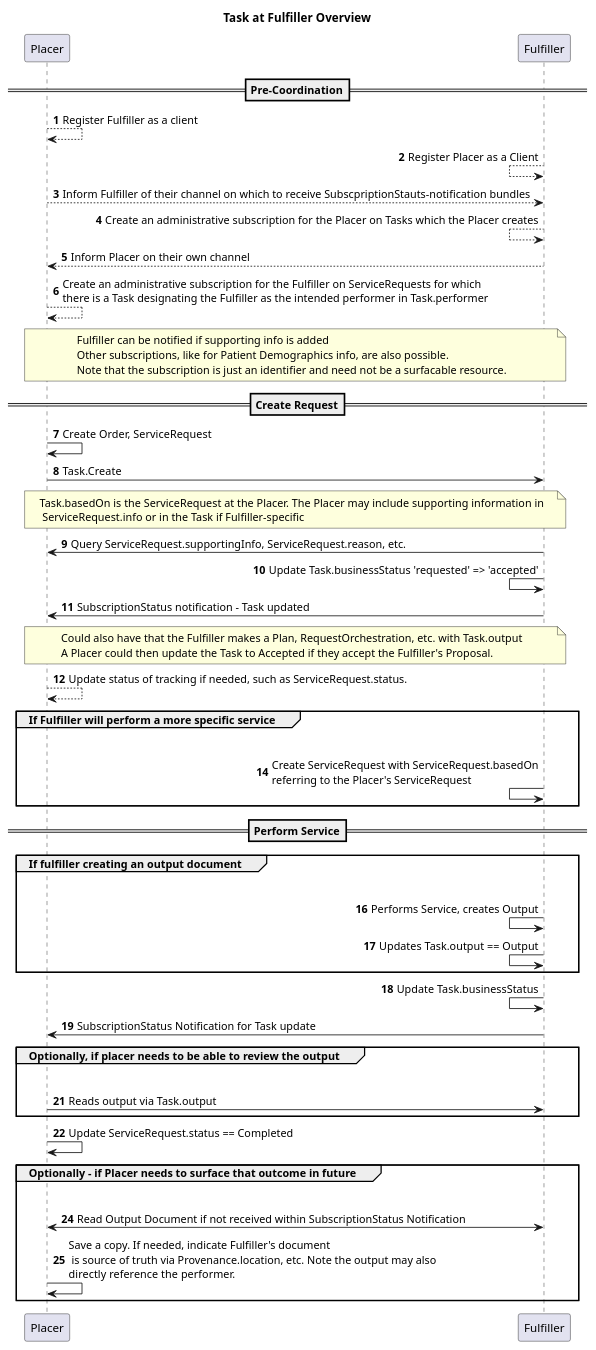
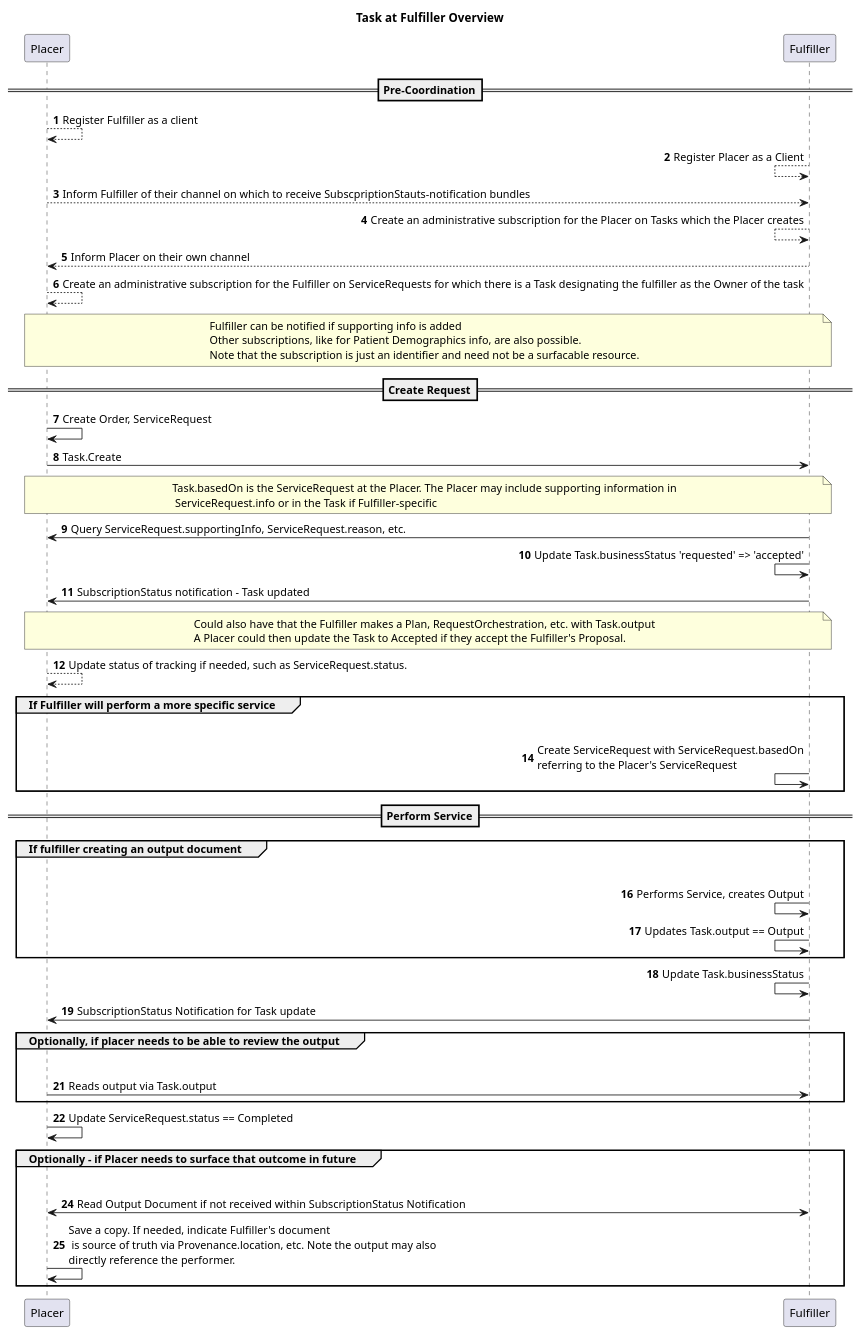
Before and after one commit to HL7/fhir-cow-ig: the diagram in input/images-source/subscriptions-general-example-task-at-fulfiller.plantuml, drawn with PlantUML.

Commit message:
FHIR-50813

```diff
--- a/input/images-source/subscriptions-general-example-task-at-fulfiller.plantuml
+++ b/input/images-source/subscriptions-general-example-task-at-fulfiller.plantuml
@@ -1,72 +1,72 @@
 @startuml
 skinparam svgDimensionStyle false
 title Task at Fulfiller Overview
 
 autonumber
 
 ==Pre-Coordination==
 Placer --> Placer: Register Fulfiller as a client
 
 Fulfiller <-- Fulfiller: Register Placer as a Client
 
 Placer --> Fulfiller: Inform Fulfiller of their channel on which to receive SubscpriptionStauts-notification bundles
 
 Fulfiller <-- Fulfiller: Create an administrative subscription for the Placer on Tasks which the Placer creates 
 
 Fulfiller --> Placer: Inform Placer on their own channel
 
-Placer --> Placer: Create an administrative subscription for the Fulfiller on ServiceRequests for which\nthere is a Task designating the Fulfiller as the intended performer in Task.performer
+Placer --> Placer: Create an administrative subscription for the Fulfiller on ServiceRequests for which there is a Task designating the fulfiller as the Owner of the task
 
 note over Placer, Fulfiller: Fulfiller can be notified if supporting info is added\nOther subscriptions, like for Patient Demographics info, are also possible.\nNote that the subscription is just an identifier and need not be a surfacable resource.
 
 
 
 ==Create Request==
 Placer -> Placer: Create Order, ServiceRequest
 
 Placer -> Fulfiller: Task.Create
 
 note over Placer, Fulfiller: Task.basedOn is the ServiceRequest at the Placer. The Placer may include supporting information in\n ServiceRequest.info or in the Task if Fulfiller-specific
 
 Fulfiller -> Placer: Query ServiceRequest.supportingInfo, ServiceRequest.reason, etc.
 
 Fulfiller <- Fulfiller: Update Task.businessStatus 'requested' => 'accepted'
 
 Fulfiller -> Placer: SubscriptionStatus notification - Task updated
 
 note over Placer, Fulfiller: Could also have that the Fulfiller makes a Plan, RequestOrchestration, etc. with Task.output\nA Placer could then update the Task to Accepted if they accept the Fulfiller's Proposal.
 
 Placer --> Placer: Update status of tracking if needed, such as ServiceRequest.status. 
 
 group If Fulfiller will perform a more specific service
     Fulfiller -[hidden]> Placer:
     Fulfiller <- Fulfiller: Create ServiceRequest with ServiceRequest.basedOn\nreferring to the Placer's ServiceRequest
 end
 
 
 ==Perform Service==
 group If fulfiller creating an output document
     Fulfiller -[hidden]> Placer:
     Fulfiller <- Fulfiller: Performs Service, creates Output
     Fulfiller <- Fulfiller: Updates Task.output == Output
 end
 
 Fulfiller <- Fulfiller: Update Task.businessStatus
 
 Fulfiller -> Placer: SubscriptionStatus Notification for Task update
 
 group Optionally, if placer needs to be able to review the output
     Fulfiller -[hidden]> Placer:
     Placer -> Fulfiller: Reads output via Task.output
 end
 
 Placer -> Placer: Update ServiceRequest.status == Completed
 
 group Optionally - if Placer needs to surface that outcome in future
     Fulfiller -[hidden]> Placer:
     Placer <-> Fulfiller: Read Output Document if not received within SubscriptionStatus Notification
     Placer -> Placer: Save a copy. If needed, indicate Fulfiller's document\n is source of truth via Provenance.location, etc. Note the output may also\ndirectly reference the performer.
    
 end
 
 @enduml
```
